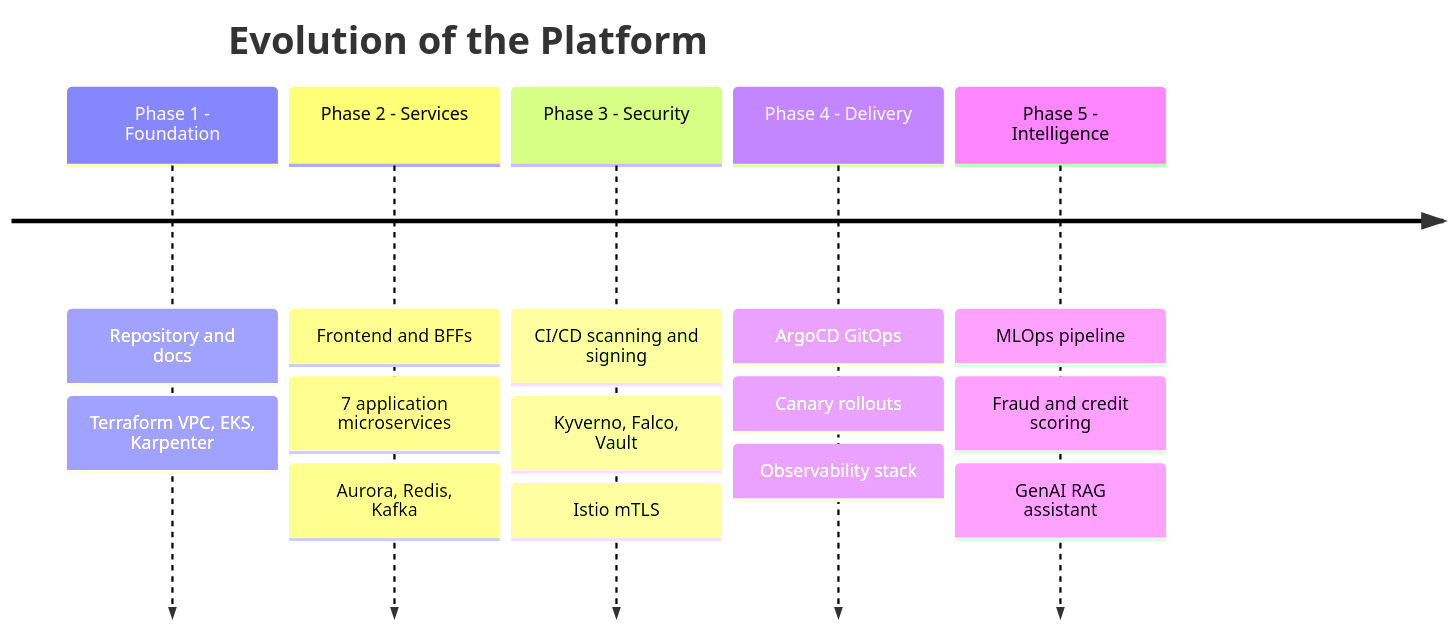
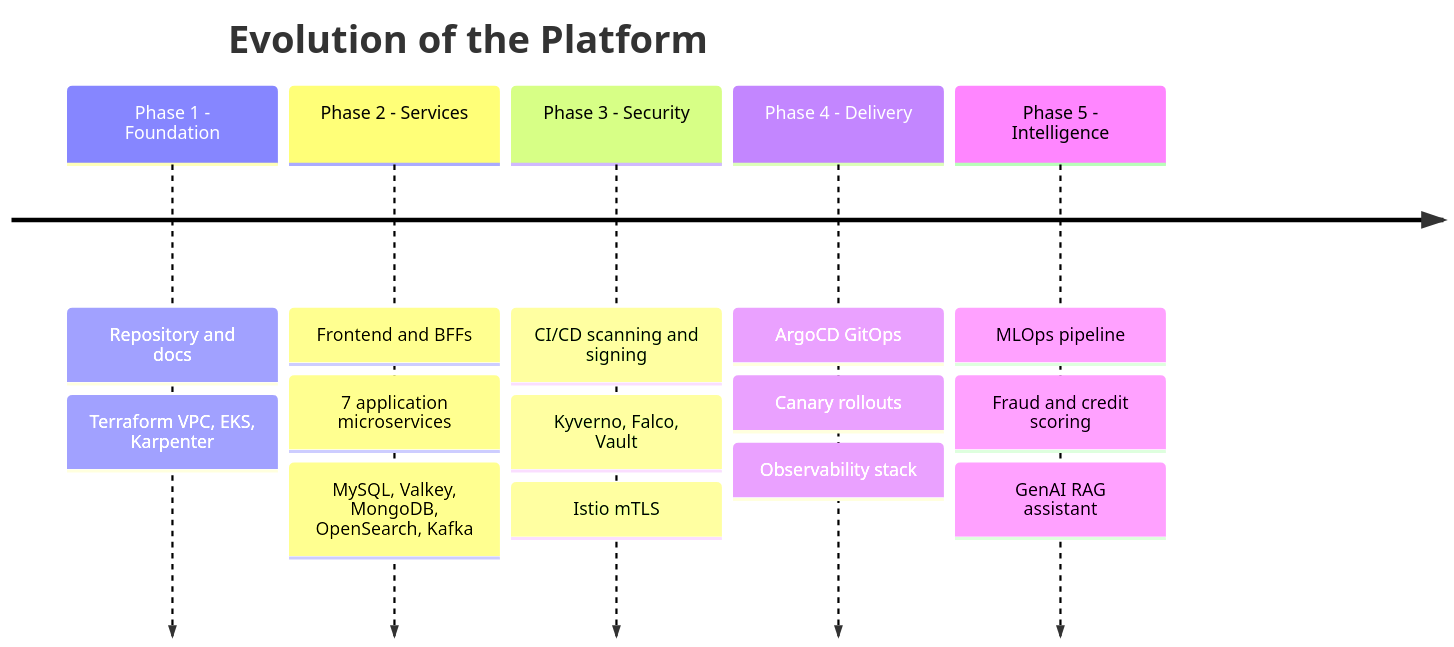
One commit to muntaha747/FinTech-Enterprise-Project changed diagram 31 of 31 in README.md. Above: the diagram before and after it, drawn with Mermaid. The commit also changed other lines of this file and 4 other files, not shown here.

First line of the commit message:
README: project overview, infrastructure layers and regional architecture diagrams [skip ci]

````diff
--- a/README.md
+++ b/README.md
@@ -1202,9 +1363,9 @@
 ```mermaid
 timeline
     title Evolution of the Platform
     Phase 1 - Foundation : Repository and docs : Terraform VPC, EKS, Karpenter
-    Phase 2 - Services : Frontend and BFFs : 7 application microservices : Aurora, Redis, Kafka
+    Phase 2 - Services : Frontend and BFFs : 7 application microservices : MySQL, Valkey, MongoDB, OpenSearch, Kafka
     Phase 3 - Security : CI/CD scanning and signing : Kyverno, Falco, Vault : Istio mTLS
     Phase 4 - Delivery : ArgoCD GitOps : Canary rollouts : Observability stack
     Phase 5 - Intelligence : MLOps pipeline : Fraud and credit scoring : GenAI RAG assistant
 ```
````
